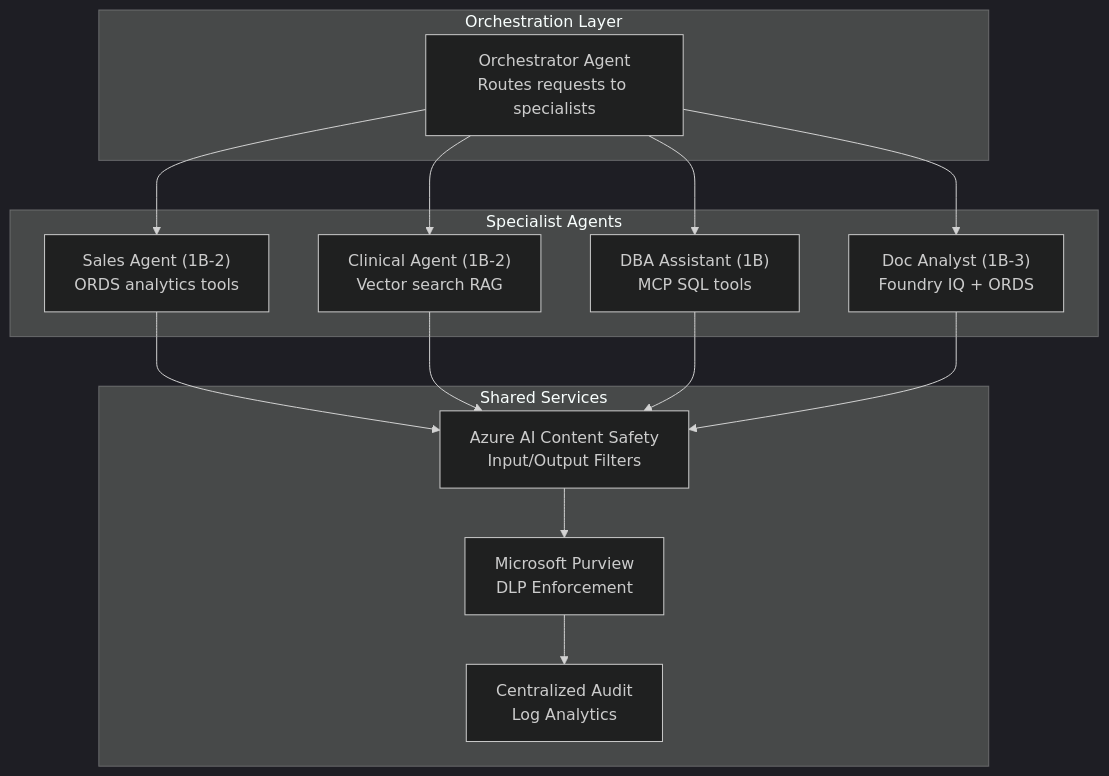
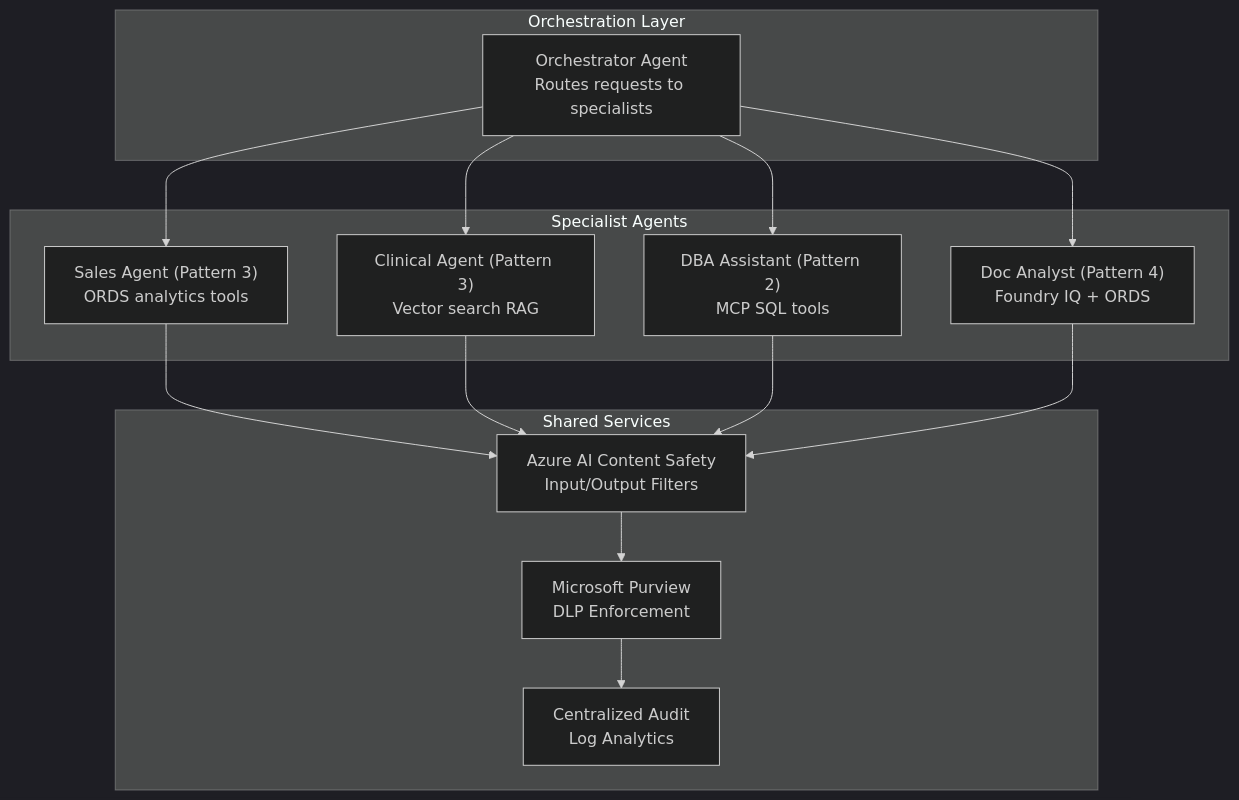
Before and after one commit to ryellajo12/ODAA-AI-Playbook: the fifth of 9 diagrams in docs/04-path2-foundry-agents.md, drawn with Mermaid (dark theme). The commit also changed other lines of this file and 10 other files, not shown here.

````diff
--- a/docs/04-path2-foundry-agents.md
+++ b/docs/04-path2-foundry-agents.md
@@ -790,30 +790,30 @@
 ```mermaid
 graph TB
     subgraph "Orchestration Layer"
         ORCH["Orchestrator Agent<br/>Routes requests to specialists"]
     end
 
     subgraph "Specialist Agents"
-        SALES["Sales Agent (1B-2)<br/>ORDS analytics tools"]
-        CLINICAL["Clinical Agent (1B-2)<br/>Vector search RAG"]
-        DBA["DBA Assistant (1B)<br/>MCP SQL tools"]
-        DOCS["Doc Analyst (1B-3)<br/>Foundry IQ + ORDS"]
+        SALES["Sales Agent (Pattern 3)<br/>ORDS analytics tools"]
+        CLINICAL["Clinical Agent (Pattern 3)<br/>Vector search RAG"]
+        DBA["DBA Assistant (Pattern 2)<br/>MCP SQL tools"]
+        DOCS["Doc Analyst (Pattern 4)<br/>Foundry IQ + ORDS"]
     end
 
     subgraph "Shared Services"
         ACS["Azure AI Content Safety<br/>Input/Output Filters"]
         PV["Microsoft Purview<br/>DLP Enforcement"]
         AUDIT["Centralized Audit<br/>Log Analytics"]
     end
 
     ORCH --> SALES
     ORCH --> CLINICAL
     ORCH --> DBA
     ORCH --> DOCS
     SALES --> ACS
     CLINICAL --> ACS
     DBA --> ACS
     DOCS --> ACS
     ACS --> PV
     PV --> AUDIT
 ```
````
